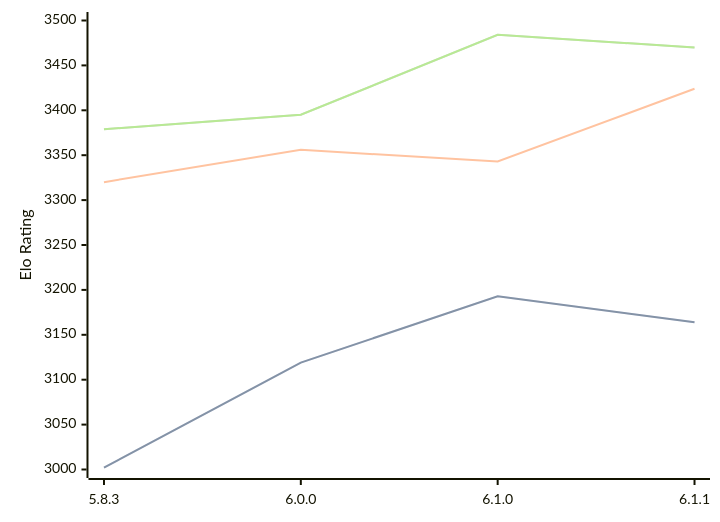
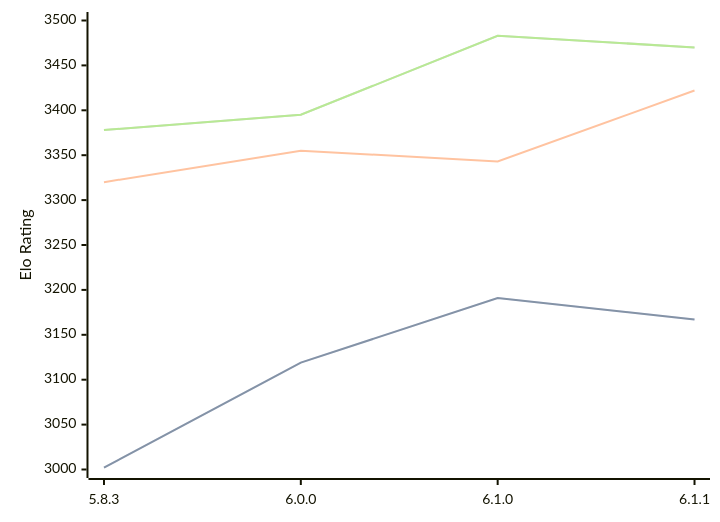
One commit to computer-chess-index/cci changed the diagram in engines/Zigqueen.md. Above: the diagram before and after it, drawn with Mermaid. The commit also changed other lines of this file, not shown here.

Commit message:
Update CCI Ratings (ELO VLTC) - 2026-09-11

````diff
--- a/engines/Zigqueen.md
+++ b/engines/Zigqueen.md
@@ -38,11 +38,11 @@
 ```mermaid
 %%{init: {"theme":"base","themeVariables":{"seriesColors:['#a3a3a3','#222221','#faa371']}}}%%
 xychart-beta
   x-axis ["5.8.3", "6.0.0", "6.1.0", "6.1.1"]
   y-axis "Elo Rating" 3000 --> 3500
-  line "" [3002, 3119, 3193, 3164]
-  line "STC (8.0+0.08s)" [3002, 3119, 3193, 3164]
-  line "LTC (60.0+0.60s)" [3320, 3356, 3343, 3424]
-  line "" [3379, 3395, 3484, 3470]
-  line "VLTC (2m24s+1.12s)" [3379, 3395, 3484, 3470]
+  line "" [3002, 3119, 3191, 3167]
+  line "STC (8.0+0.08s)" [3002, 3119, 3191, 3167]
+  line "LTC (60.0+0.60s)" [3320, 3355, 3343, 3422]
+  line "" [3378, 3395, 3483, 3470]
+  line "VLTC (2m24s+1.12s)" [3378, 3395, 3483, 3470]
 ```
````
